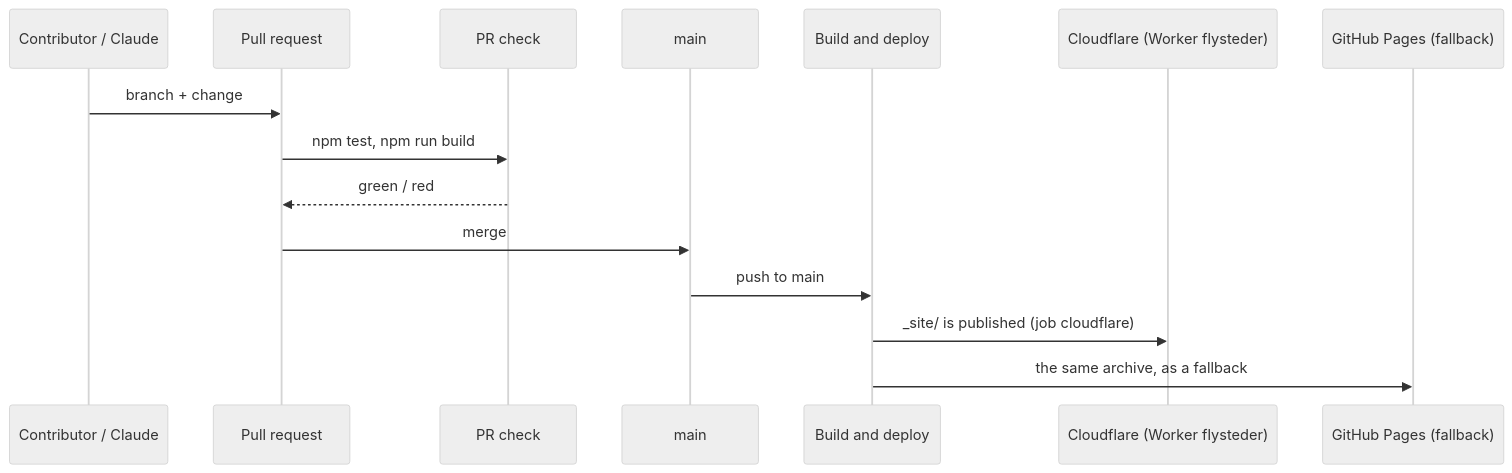
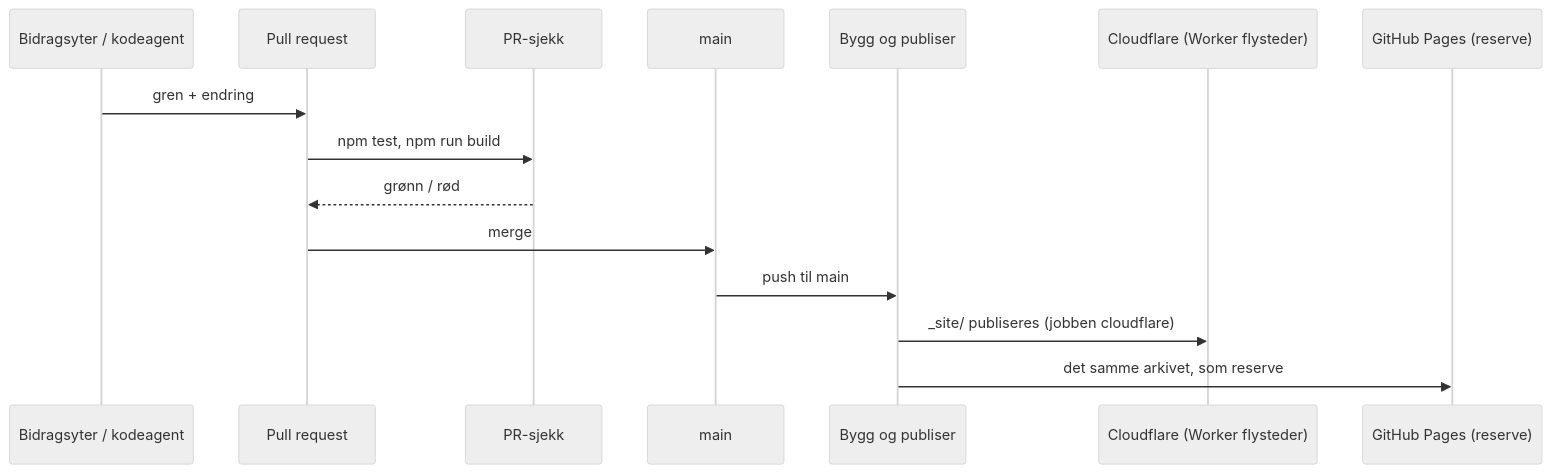
Before and after one commit to hpgt-com/flying-sites: the fifth of 7 diagrams in docs/architecture.md, drawn with Mermaid (neutral theme). The commit also changed other lines of this file and 28 other files, not shown here.

````diff
--- a/docs/architecture.md
+++ b/docs/architecture.md
@@ -238,18 +253,18 @@
 ```mermaid
 sequenceDiagram
-  participant Dev as Contributor / Claude
+  participant Dev as Bidragsyter / kodeagent
   participant PR as Pull request
-  participant CI as PR check
+  participant CI as PR-sjekk
   participant Main as main
-  participant Deploy as Build and deploy
+  participant Deploy as Bygg og publiser
   participant CF as Cloudflare (Worker flysteder)
-  participant Pages as GitHub Pages (fallback)
+  participant Pages as GitHub Pages (reserve)
 
-  Dev->>PR: branch + change
+  Dev->>PR: gren + endring
   PR->>CI: npm test, npm run build
-  CI-->>PR: green / red
+  CI-->>PR: grønn / rød
   PR->>Main: merge
-  Main->>Deploy: push to main
-  Deploy->>CF: _site/ is published (job cloudflare)
-  Deploy->>Pages: the same archive, as a fallback
+  Main->>Deploy: push til main
+  Deploy->>CF: _site/ publiseres (jobben cloudflare)
+  Deploy->>Pages: det samme arkivet, som reserve
 ```
````
